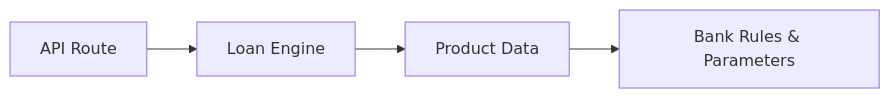
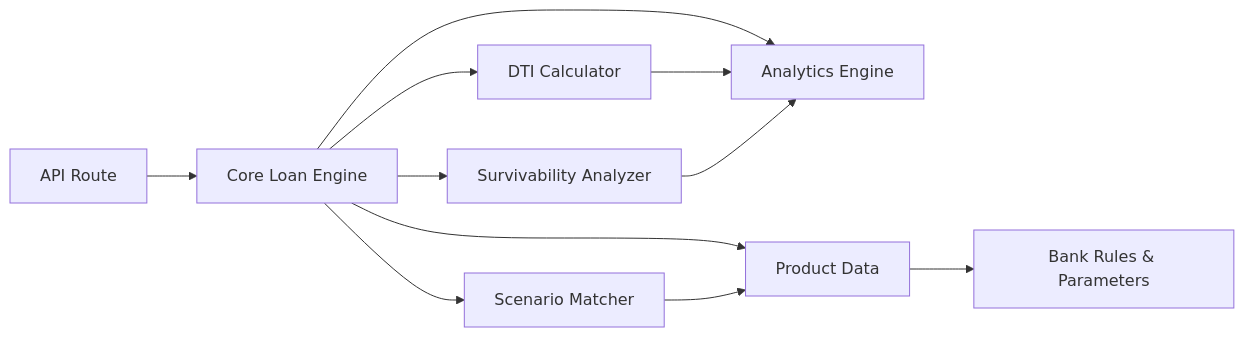
Before and after one commit to alibaba-hackathon-fsi/frontend-vaya: the fifth of 5 diagrams in .qoder/repowiki/en/content/Loan Engine/Core Calculation Engine.md, drawn with Mermaid. The commit also changed other lines of this file and 77 other files, not shown here.

````diff
--- a/.qoder/repowiki/en/content/Loan Engine/Core Calculation Engine.md
+++ b/.qoder/repowiki/en/content/Loan Engine/Core Calculation Engine.md
@@ -205,6 +321,13 @@
 ```mermaid
 graph LR
-Route["API Route"] --> Engine["Loan Engine"]
-Engine --> Products["Product Data"]
+Route["API Route"] --> CoreEngine["Core Loan Engine"]
+CoreEngine --> DTI["DTI Calculator"]
+CoreEngine --> Survivability["Survivability Analyzer"]
+CoreEngine --> Scenarios["Scenario Matcher"]
+CoreEngine --> Analytics["Analytics Engine"]
+CoreEngine --> Products["Product Data"]
 Products --> Rules["Bank Rules & Parameters"]
+DTI --> Analytics
+Survivability --> Analytics
+Scenarios --> Products
 ```
````
